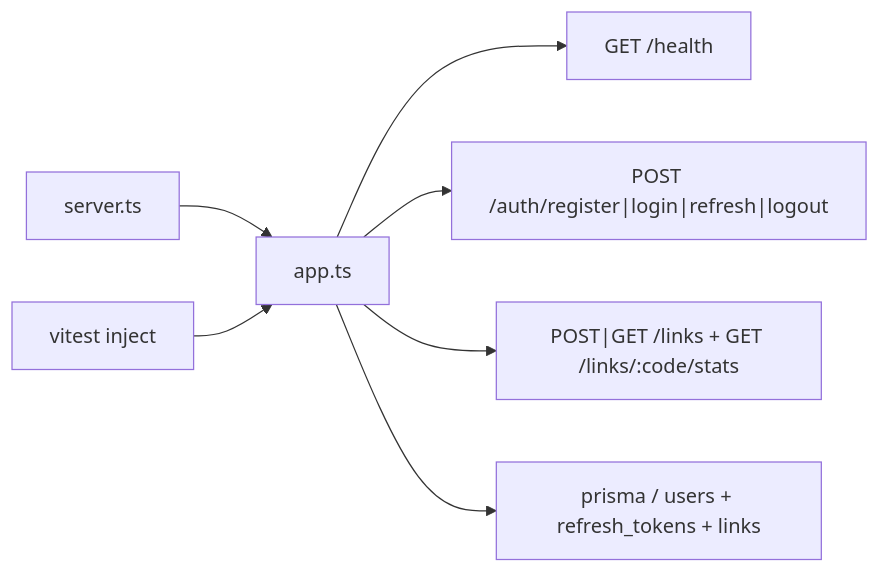
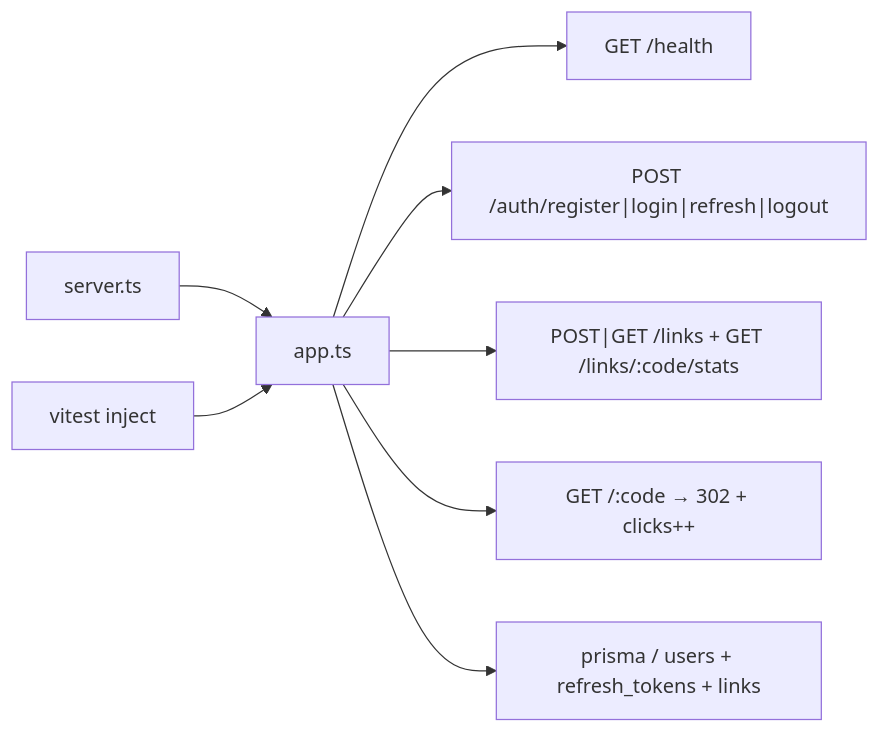
Before and after one commit to gabriellopessdev/linky: the diagram in docs/ROADMAP.md, drawn with Mermaid. The commit also changed other lines of this file and 1 other file, not shown here.

First line of the commit message:
docs: mark public redirect done on README and roadmap

````diff
--- a/docs/ROADMAP.md
+++ b/docs/ROADMAP.md
@@ -32,9 +32,10 @@
 ```mermaid
 flowchart LR
   S[server.ts] --> A[app.ts]
   A --> H["GET /health"]
   A --> Auth["POST /auth/register|login|refresh|logout"]
   A --> Links["POST|GET /links + GET /links/:code/stats"]
+  A --> Redirect["GET /:code → 302 + clicks++"]
   A --> DB[prisma / users + refresh_tokens + links]
   T[vitest inject] --> A
 ```
````
